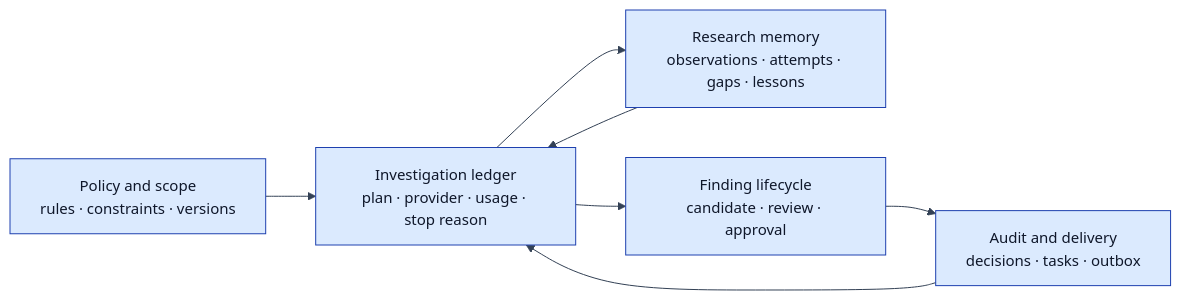
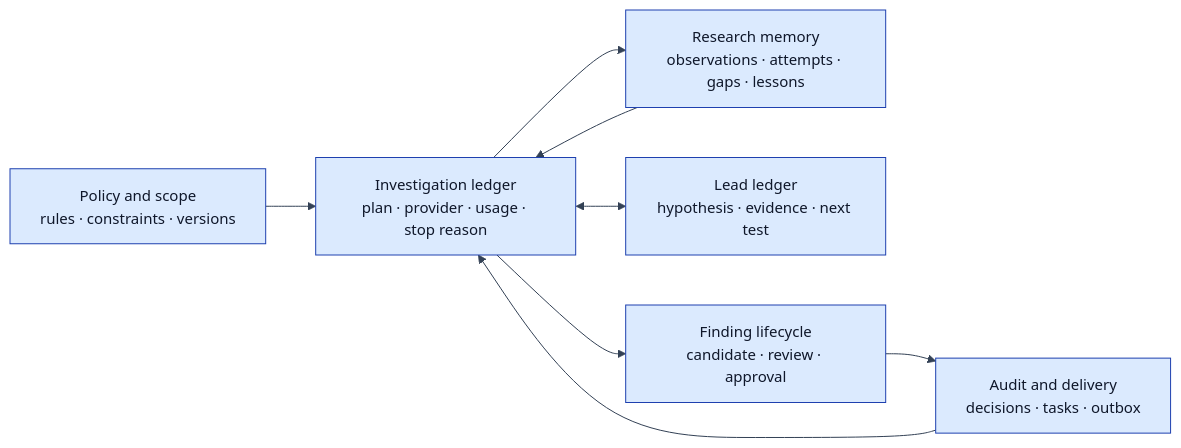
Before and after one commit to felixbillieres/felixbillieres.github.io: the third of 9 diagrams in content/posts/operating-a-semi-autonomous-security-research-pipeline/index.md, drawn with Mermaid. The commit also changed other lines of this file, not shown here.

Commit message:
Update security research pipeline architecture article

```diff
--- a/content/posts/operating-a-semi-autonomous-security-research-pipeline/index.md
+++ b/content/posts/operating-a-semi-autonomous-security-research-pipeline/index.md
@@ -144,16 +157,18 @@
 {{< mermaid >}}
 %%{init: {'theme':'base','themeVariables':{'background':'#ffffff','fontSize':'15px','primaryColor':'#dbeafe','primaryTextColor':'#0f172a','primaryBorderColor':'#1e40af','lineColor':'#334155','textColor':'#0f172a'}}}%%
 flowchart LR
     Policy[Policy and scope<br/>rules · constraints · versions]
     Memory[Research memory<br/>observations · attempts · gaps · lessons]
+    Leads[Lead ledger<br/>hypothesis · evidence · next test]
     Work[Investigation ledger<br/>plan · provider · usage · stop reason]
     Review[Finding lifecycle<br/>candidate · review · approval]
     Audit[Audit and delivery<br/>decisions · tasks · outbox]
 
     Policy --> Work
     Memory --> Work
     Work --> Memory
+    Work <--> Leads
     Work --> Review
     Review --> Audit
     Audit --> Work
 {{< /mermaid >}}
```
